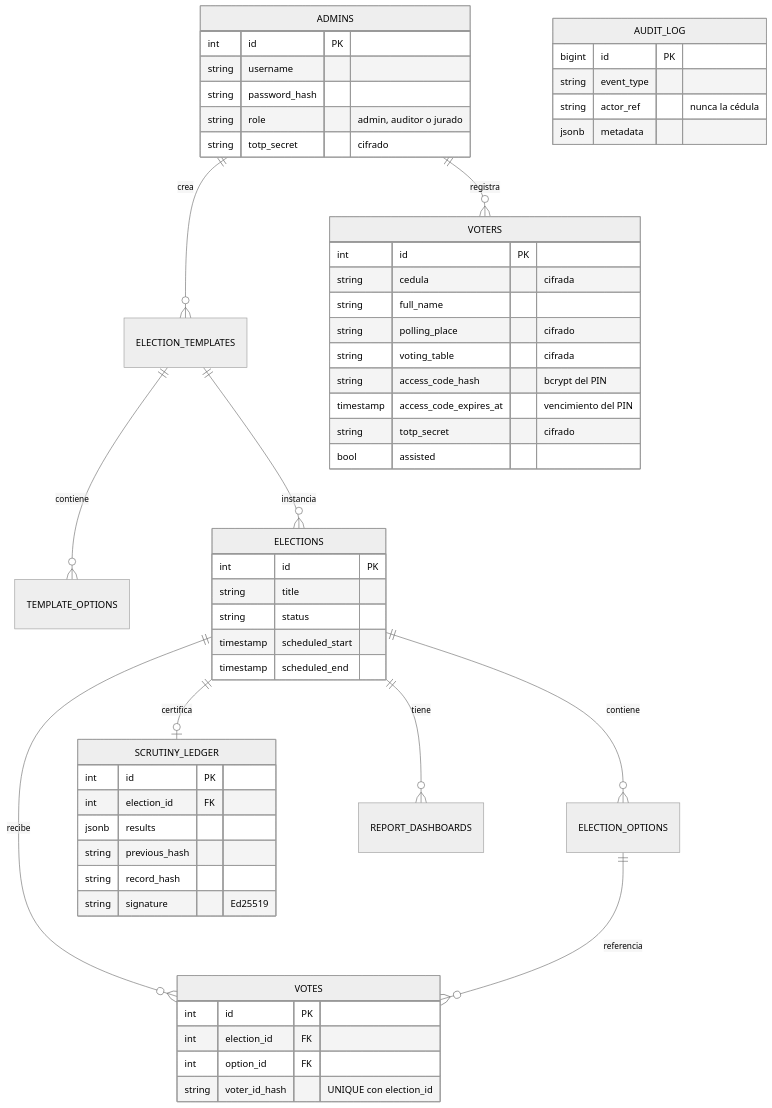
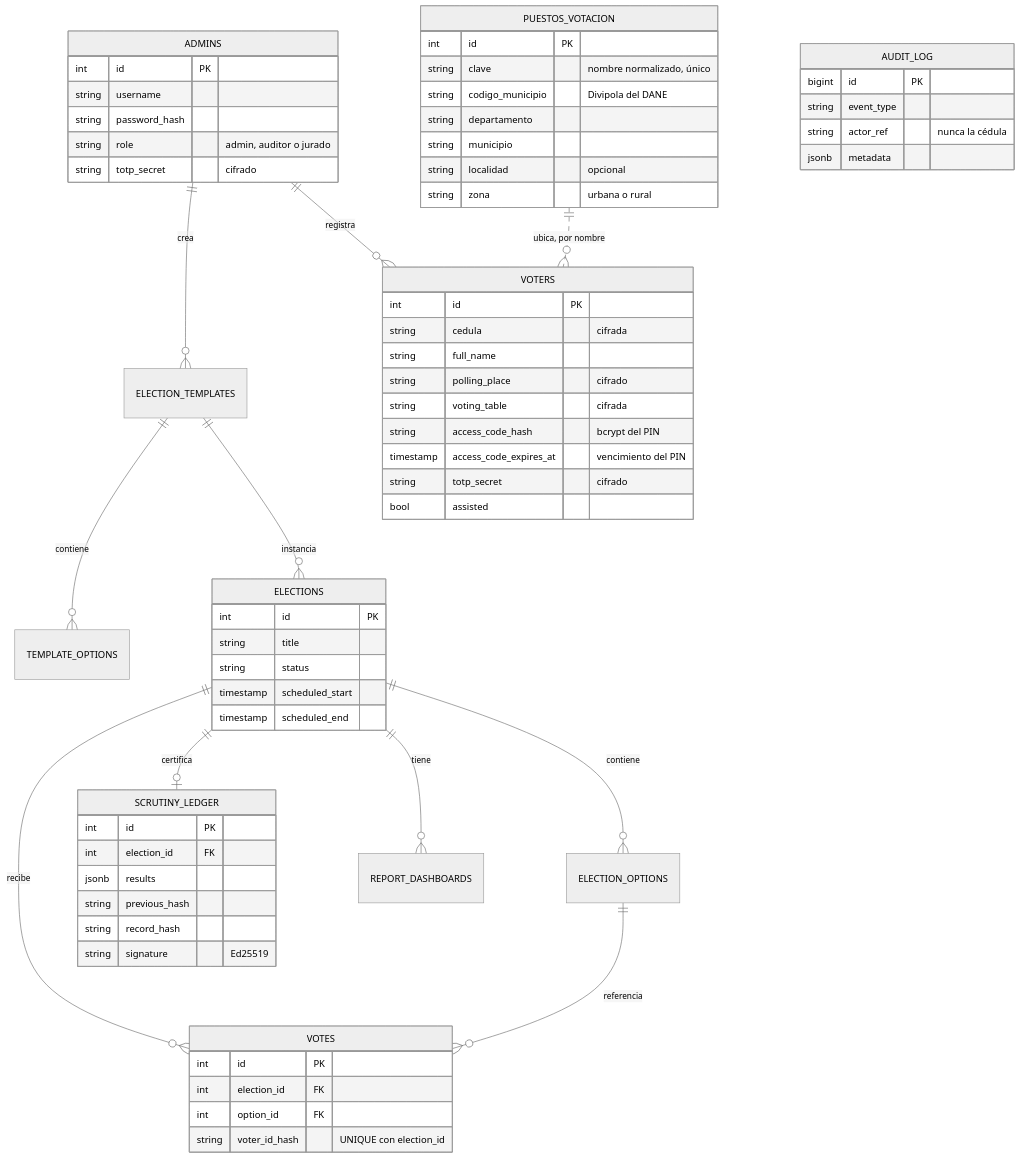
One commit to NicolasPineda1421/LiveMetric changed the sixth of 8 diagrams in docs/informe-tecnico.md. Above: the diagram before and after it, drawn with Mermaid (neutral theme). The commit also changed other lines of this file and 46 other files, not shown here.

First line of the commit message:
Cada puesto de votacion con su ubicacion: pais, departamento, municipio, localidad y zona

````diff
--- a/docs/informe-tecnico.md
+++ b/docs/informe-tecnico.md
@@ -286,46 +288,54 @@
 ```mermaid
 erDiagram
     ADMINS ||--o{ ELECTION_TEMPLATES : crea
     ADMINS ||--o{ VOTERS : registra
+    PUESTOS_VOTACION ||..o{ VOTERS : "ubica, por nombre"
     ELECTION_TEMPLATES ||--o{ TEMPLATE_OPTIONS : contiene
     ELECTION_TEMPLATES ||--o{ ELECTIONS : instancia
     ELECTIONS ||--o{ ELECTION_OPTIONS : contiene
     ELECTIONS ||--o{ VOTES : recibe
     ELECTION_OPTIONS ||--o{ VOTES : referencia
     ELECTIONS ||--o| SCRUTINY_LEDGER : certifica
     ELECTIONS ||--o{ REPORT_DASHBOARDS : tiene
 
     ADMINS { int id PK
         string username
         string password_hash
         string role "admin, auditor o jurado"
         string totp_secret "cifrado" }
     VOTERS { int id PK
         string cedula "cifrada"
         string full_name
         string polling_place "cifrado"
         string voting_table "cifrada"
         string access_code_hash "bcrypt del PIN"
         timestamp access_code_expires_at "vencimiento del PIN"
         string totp_secret "cifrado"
         bool assisted }
+    PUESTOS_VOTACION { int id PK
+        string clave "nombre normalizado, único"
+        string codigo_municipio "Divipola del DANE"
+        string departamento
+        string municipio
+        string localidad "opcional"
+        string zona "urbana o rural" }
     ELECTIONS { int id PK
         string title
         string status
         timestamp scheduled_start
         timestamp scheduled_end }
     VOTES { int id PK
         int election_id FK
         int option_id FK
         string voter_id_hash "UNIQUE con election_id" }
     SCRUTINY_LEDGER { int id PK
         int election_id FK
         jsonb results
         string previous_hash
         string record_hash
         string signature "Ed25519" }
     AUDIT_LOG { bigint id PK
         string event_type
         string actor_ref "nunca la cédula"
         jsonb metadata }
 ```
````
